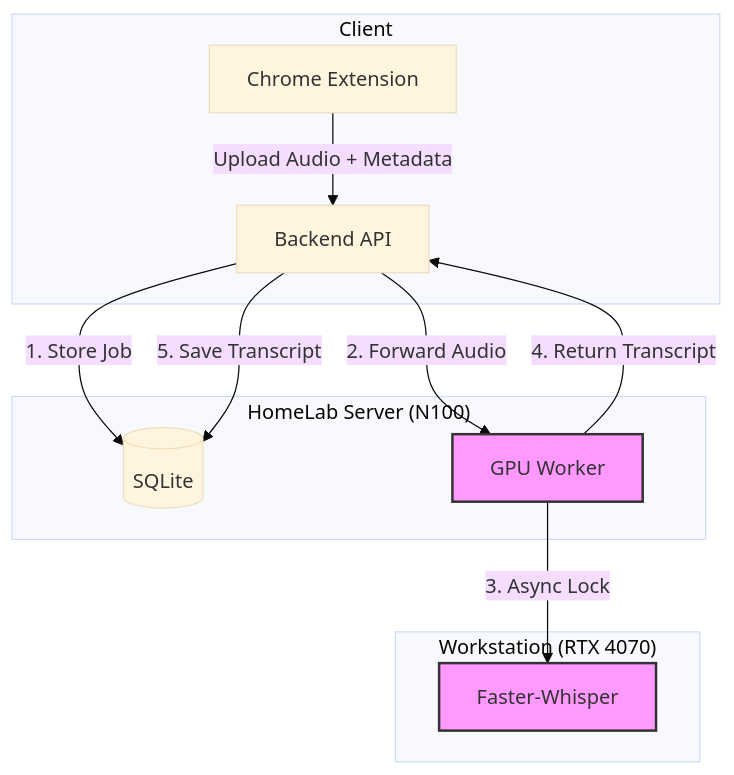
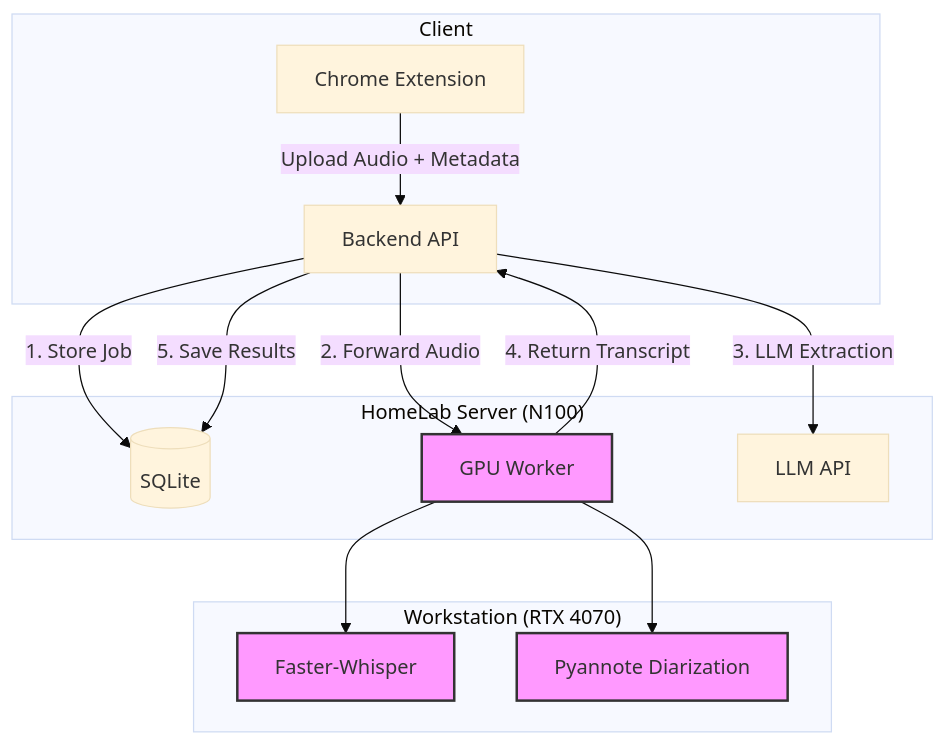
One commit to dlakisic/MeetScribe changed the diagram in README.md. Above: the diagram before and after it, drawn with Mermaid (base theme). The commit also changed other lines of this file and 2 other files, not shown here.

````diff
--- a/README.md
+++ b/README.md
@@ -14,20 +24,22 @@
 ```mermaid
 graph TD
     subgraph Client
         Ext[Chrome Extension] -->|Upload Audio + Metadata| API[Backend API]
     end
 
     subgraph "HomeLab Server (N100)"
         API -->|1. Store Job| DB[(SQLite)]
         API -->|2. Forward Audio| Worker[GPU Worker]
+        API -->|3. LLM Extraction| LLM[LLM API]
         Worker -->|4. Return Transcript| API
-        API -->|5. Save Transcript| DB
+        API -->|5. Save Results| DB
     end
 
     subgraph "Workstation (RTX 4070)"
-        Worker -->|3. Async Lock| Whisper[Faster-Whisper]
+        Worker --> Whisper[Faster-Whisper]
+        Worker --> Pyannote[Pyannote Diarization]
     end
 
     classDef hardware fill:#f9f,stroke:#333,stroke-width:2px;
-    class Worker,Whisper hardware;
+    class Worker,Whisper,Pyannote hardware;
 ```
````
